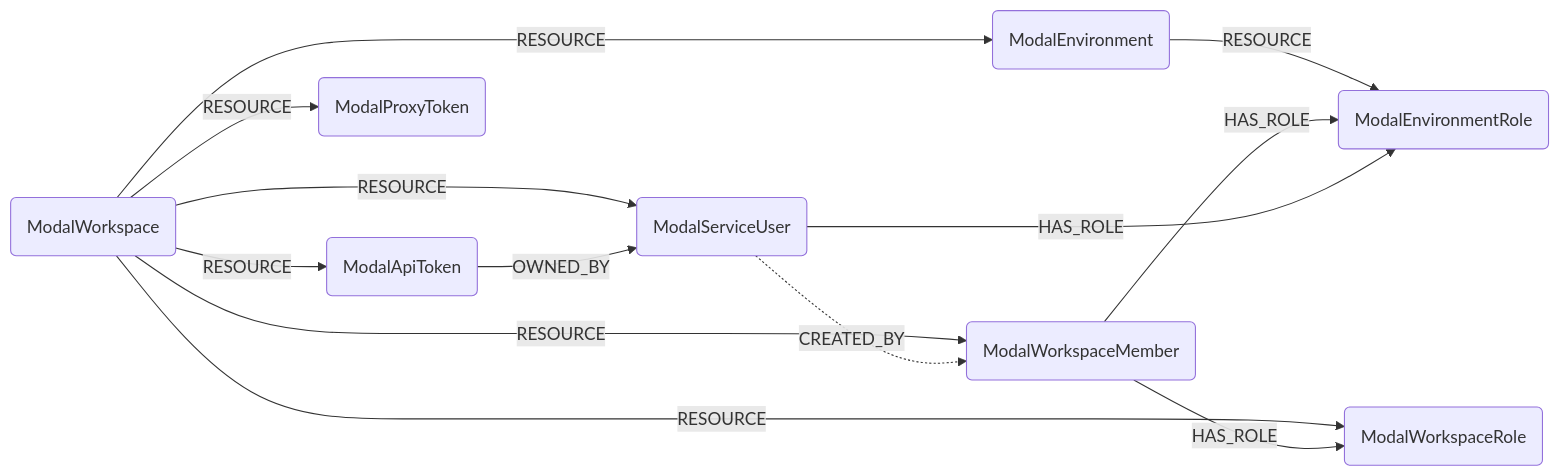
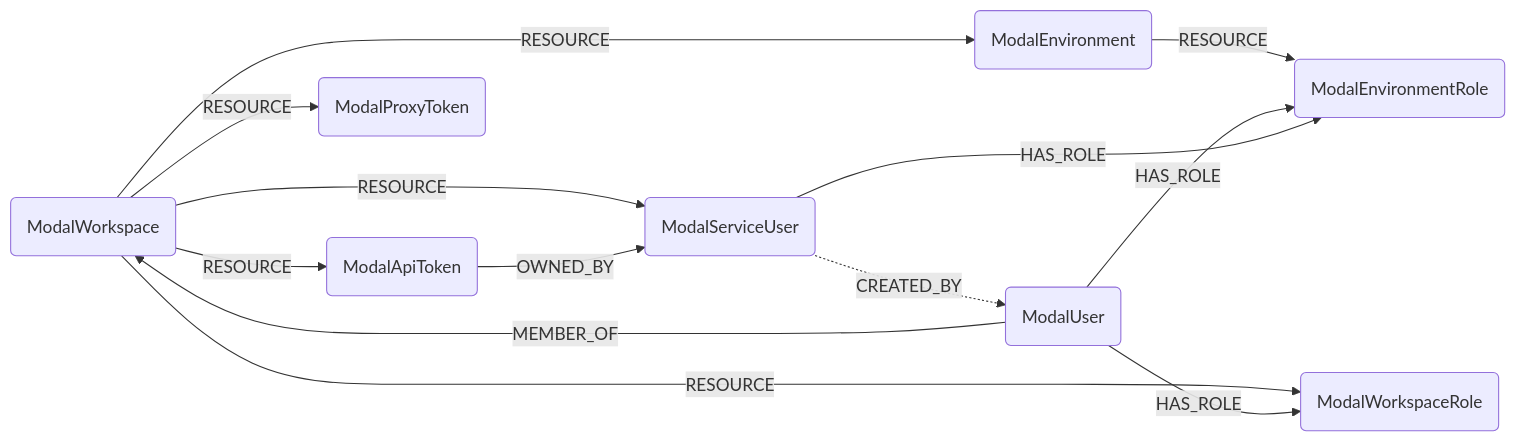
Before and after one commit to cartography-cncf/cartography: the first of 3 diagrams in docs/root/modules/modal/schema.md, drawn with Mermaid. The commit also changed other lines of this file and 17 other files, not shown here.

````diff
--- a/docs/root/modules/modal/schema.md
+++ b/docs/root/modules/modal/schema.md
@@ -5,15 +5,15 @@
 ```mermaid
 graph LR
     W(ModalWorkspace) -->|RESOURCE| E(ModalEnvironment)
     W -->|RESOURCE| WR(ModalWorkspaceRole)
-    W -->|RESOURCE| M(ModalWorkspaceMember)
     W -->|RESOURCE| SU(ModalServiceUser)
     W -->|RESOURCE| T(ModalApiToken)
     W -->|RESOURCE| PT(ModalProxyToken)
     E -->|RESOURCE| ER(ModalEnvironmentRole)
+    M(ModalUser) -->|MEMBER_OF| W
     M -->|HAS_ROLE| WR
     M -->|HAS_ROLE| ER
     SU -->|HAS_ROLE| ER
     T -->|OWNED_BY| SU
     SU -.->|CREATED_BY| M
 ```
````
